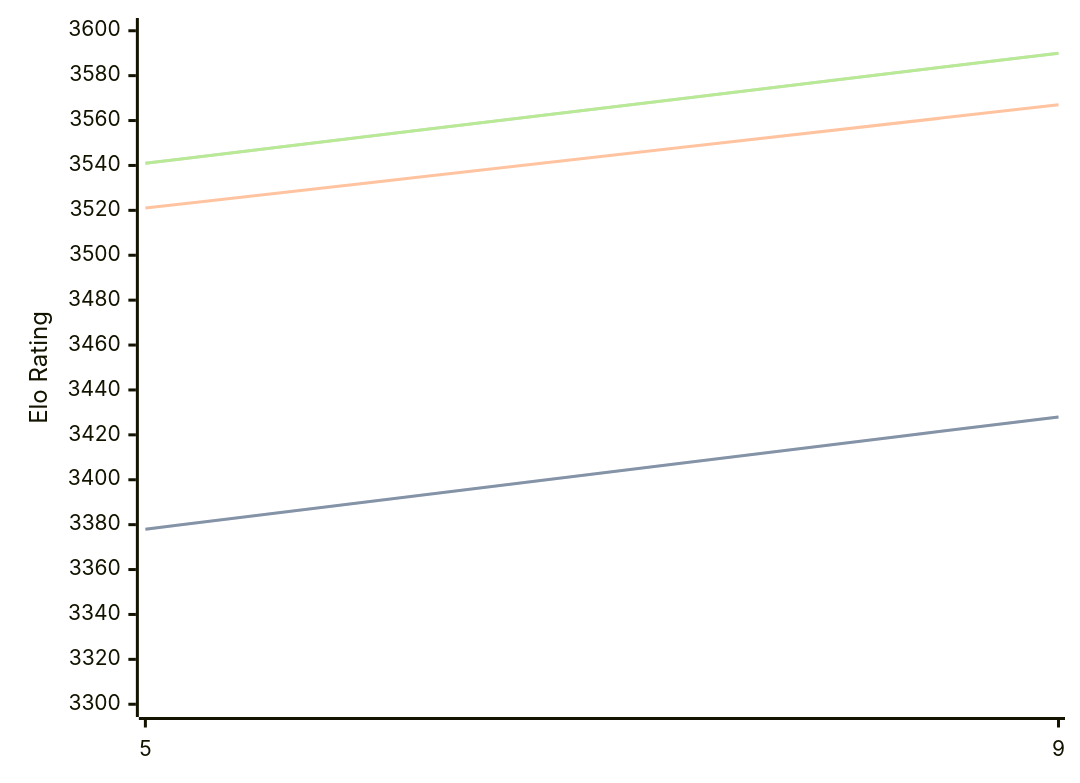
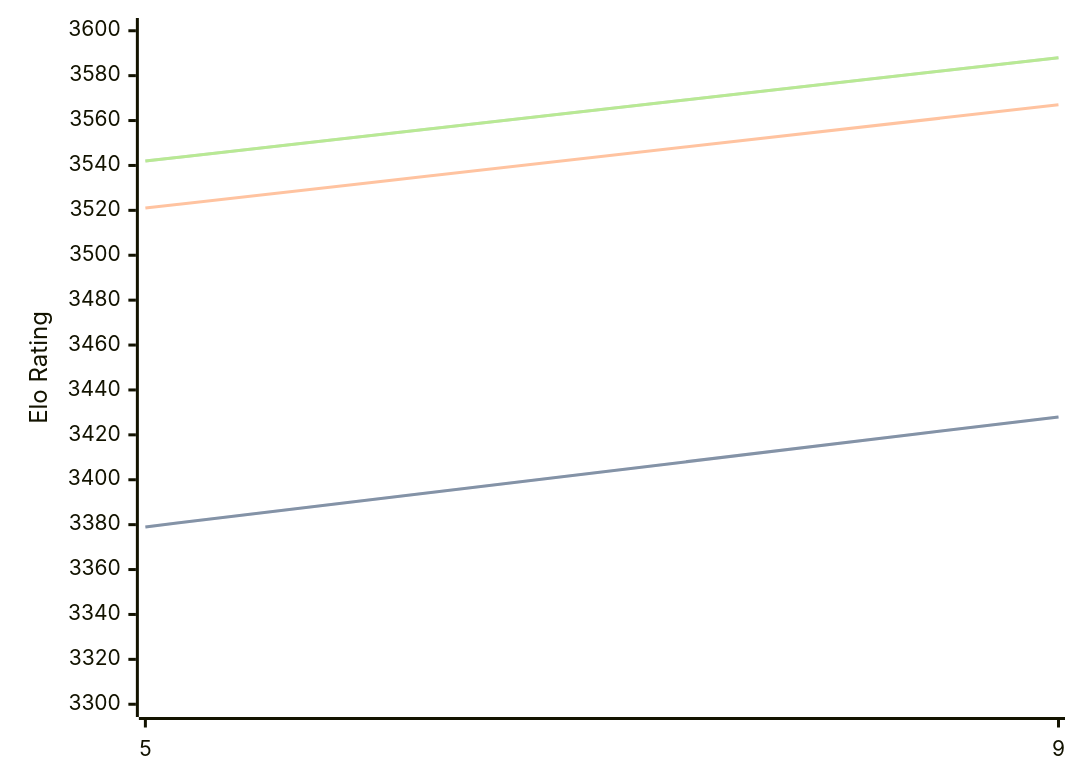
Before and after one commit to computer-chess-index/cci: the diagram in engines/Crystal.md, drawn with Mermaid. The commit also changed other lines of this file, not shown here.

Commit message:
Update CCI Ratings (ELO VLTC) - 2026-08-27

````diff
--- a/engines/Crystal.md
+++ b/engines/Crystal.md
@@ -32,11 +32,11 @@
 ```mermaid
 %%{init: {"theme":"base","themeVariables":{"seriesColors:['#a3a3a3','#222221','#faa371']}}}%%
 xychart-beta
   x-axis ["5", "9"]
   y-axis "Elo Rating" 3300 --> 3600
-  line "STC (8.0+0.08s)" [3378, 3428]
-  line "STC (8.0+0.08s)" [3378, 3428]
+  line "STC (8.0+0.08s)" [3379, 3428]
+  line "STC (8.0+0.08s)" [3379, 3428]
   line "LTC (60.0+0.60s)" [3521, 3567]
-  line "VLTC (2m24s+1.12s)" [3541, 3590]
-  line "VLTC (2m24s+1.12s)" [3541, 3590]
+  line "VLTC (2m24s+1.12s)" [3542, 3588]
+  line "VLTC (2m24s+1.12s)" [3542, 3588]
 ```
````
